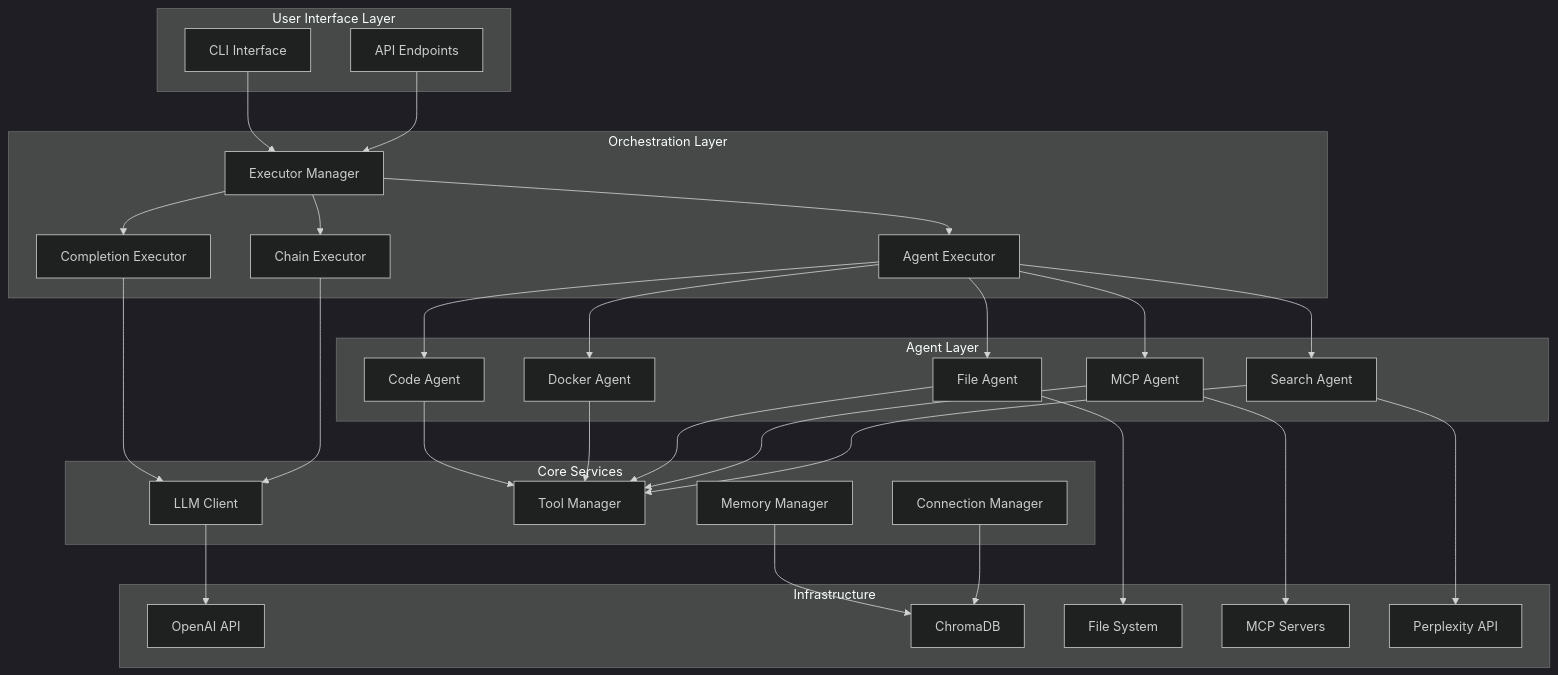
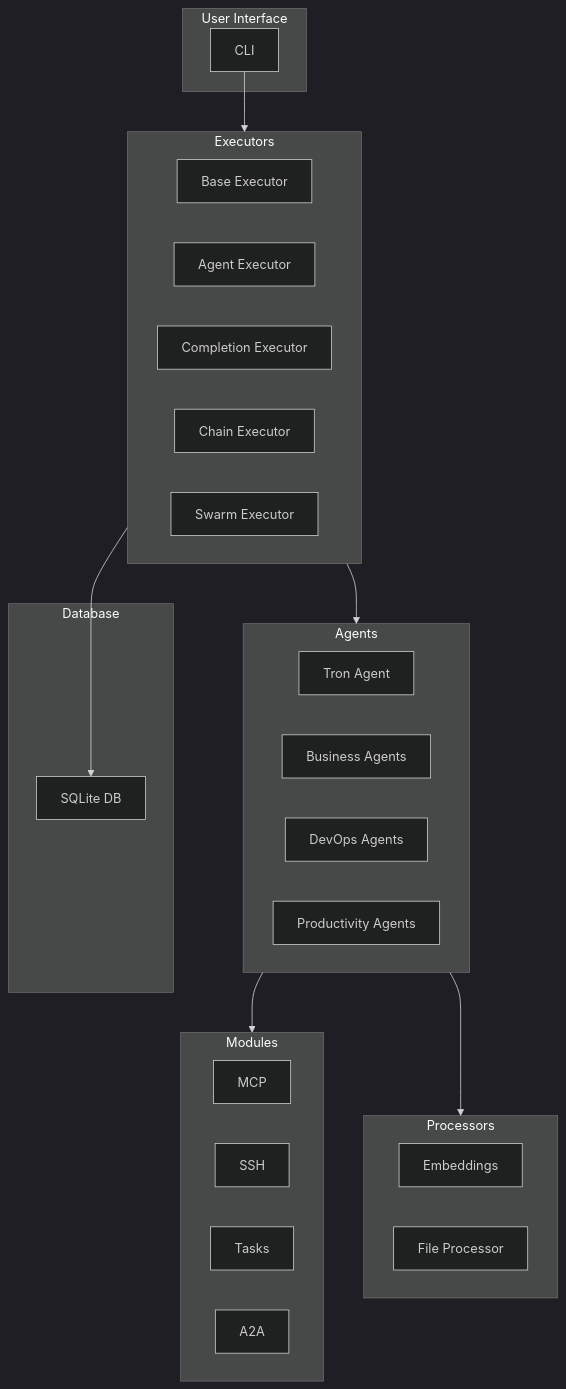
The first of 13 diagrams in docs/architecture.md (Bioto/tron-ai), drawn with Mermaid (dark theme) before and after one commit. The commit also changed other lines of this file and 6 other files, not shown here.

````diff
--- a/docs/architecture.md
+++ b/docs/architecture.md
@@ -17,64 +20,43 @@
 ```mermaid
 graph TB
-    subgraph "User Interface Layer"
-        CLI[CLI Interface]
-        API[API Endpoints]
+    subgraph "User Interface"
+        CLI[CLI]
     end
     
-    subgraph "Orchestration Layer"
-        EM[Executor Manager]
+    subgraph "Executors"
+        BE[Base Executor]
+        AE[Agent Executor]
         CE[Completion Executor]
         CHE[Chain Executor]
-        AE[Agent Executor]
+        SE[Swarm Executor]
     end
     
-    subgraph "Agent Layer"
-        CA[Code Agent]
-        DA[Docker Agent]
-        FA[File Agent]
-        MA[MCP Agent]
-        SA[Search Agent]
+    subgraph "Agents"
+        TA[Tron Agent]
+        BA[Business Agents]
+        DA[DevOps Agents]
+        PA[Productivity Agents]
     end
     
-    subgraph "Core Services"
-        LLM[LLM Client]
-        TM[Tool Manager]
-        MM[Memory Manager]
-        CM[Connection Manager]
+    subgraph "Modules"
+        MCP[MCP]
+        SSH[SSH]
+        TASKS[Tasks]
+        A2A[A2A]
     end
     
-    subgraph "Infrastructure"
-        OAI[OpenAI API]
-        CDB[ChromaDB]
-        FS[File System]
-        MCP[MCP Servers]
-        PP[Perplexity API]
+    subgraph "Database"
+        DB[SQLite DB]
     end
     
-    CLI --> EM
-    API --> EM
-    EM --> CE
-    EM --> CHE
-    EM --> AE
+    subgraph "Processors"
+        EP[Embeddings]
+        FP[File Processor]
+    end
     
-    CE --> LLM
-    CHE --> LLM
-    AE --> CA
-    AE --> DA
-    AE --> FA
-    AE --> MA
-    AE --> SA
-    
-    CA --> TM
-    DA --> TM
-    FA --> TM
-    MA --> TM
-    SA --> TM
-    
-    LLM --> OAI
-    MM --> CDB
-    CM --> CDB
-    FA --> FS
-    MA --> MCP
-    SA --> PP
+    CLI --> Executors
+    Executors --> Agents
+    Agents --> Modules
+    Executors --> DB
+    Agents --> Processors
 ```
````
